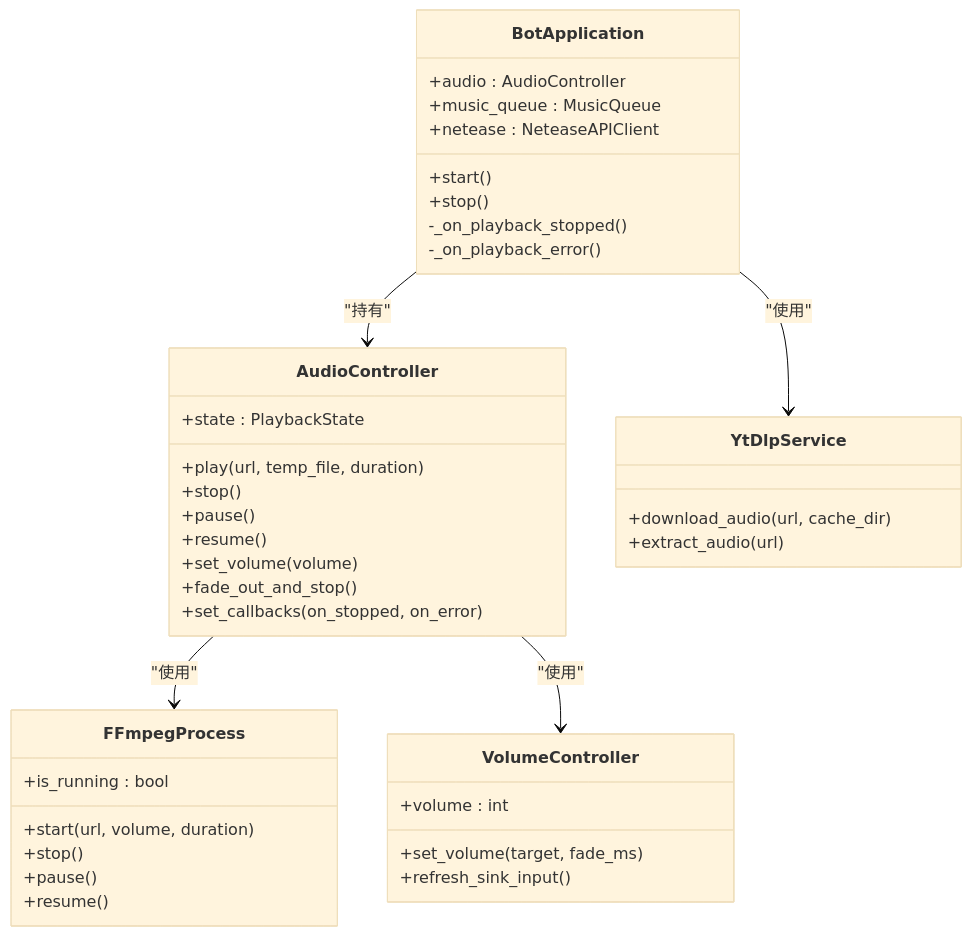
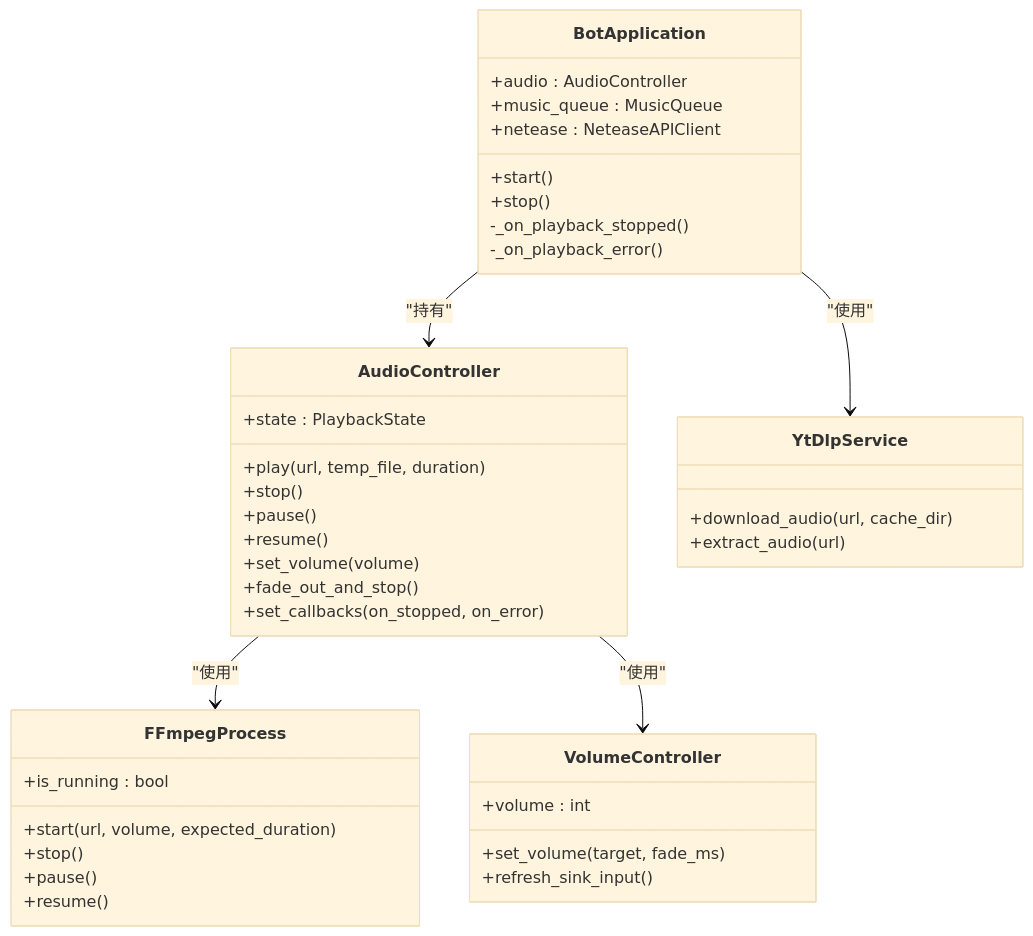
The sixth of 9 diagrams in .qoder/repowiki/zh/content/音乐播放系统/音频控制器.md (GhoulOwl/Teamspeak3_Bot), drawn with Mermaid (base theme) before and after one commit. The commit also changed other lines of this file and 7 other files, not shown here.

````diff
--- a/.qoder/repowiki/zh/content/音乐播放系统/音频控制器.md
+++ b/.qoder/repowiki/zh/content/音乐播放系统/音频控制器.md
@@ -342,42 +314,42 @@
 ```mermaid
 classDiagram
 class BotApplication {
 +audio : AudioController
 +music_queue : MusicQueue
 +netease : NeteaseAPIClient
 +start()
 +stop()
 -_on_playback_stopped()
 -_on_playback_error()
 }
 class AudioController {
 +state : PlaybackState
 +play(url, temp_file, duration)
 +stop()
 +pause()
 +resume()
 +set_volume(volume)
 +fade_out_and_stop()
 +set_callbacks(on_stopped, on_error)
 }
 class FFmpegProcess {
-+start(url, volume, duration)
++start(url, volume, expected_duration)
 +stop()
 +pause()
 +resume()
 +is_running : bool
 }
 class VolumeController {
 +volume : int
 +set_volume(target, fade_ms)
 +refresh_sink_input()
 }
 class YtDlpService {
 +download_audio(url, cache_dir)
 +extract_audio(url)
 }
 BotApplication --> AudioController : "持有"
 AudioController --> FFmpegProcess : "使用"
 AudioController --> VolumeController : "使用"
 BotApplication --> YtDlpService : "使用"
 ```
````
